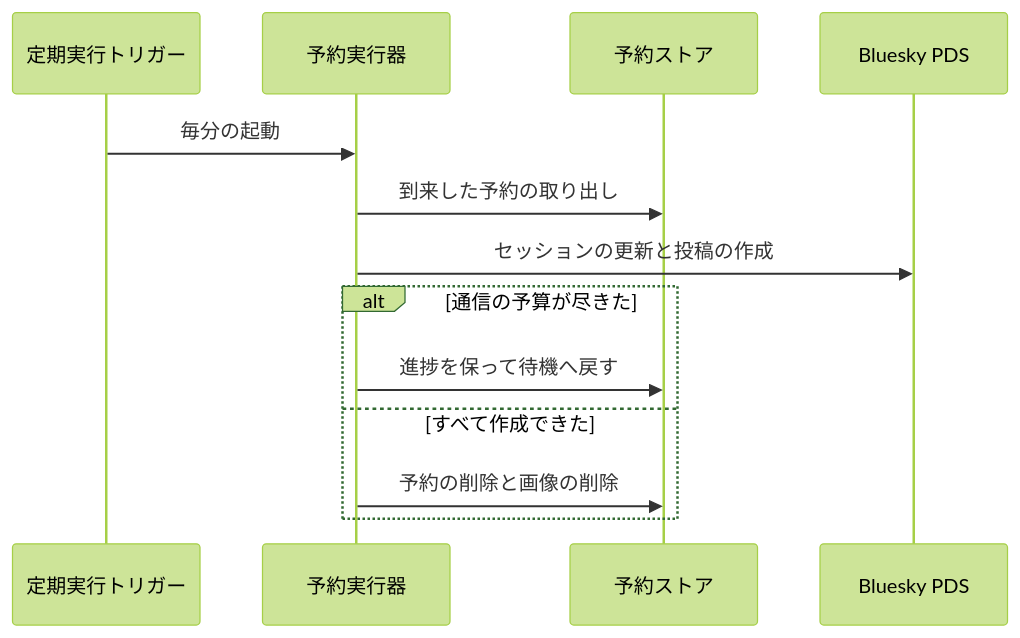
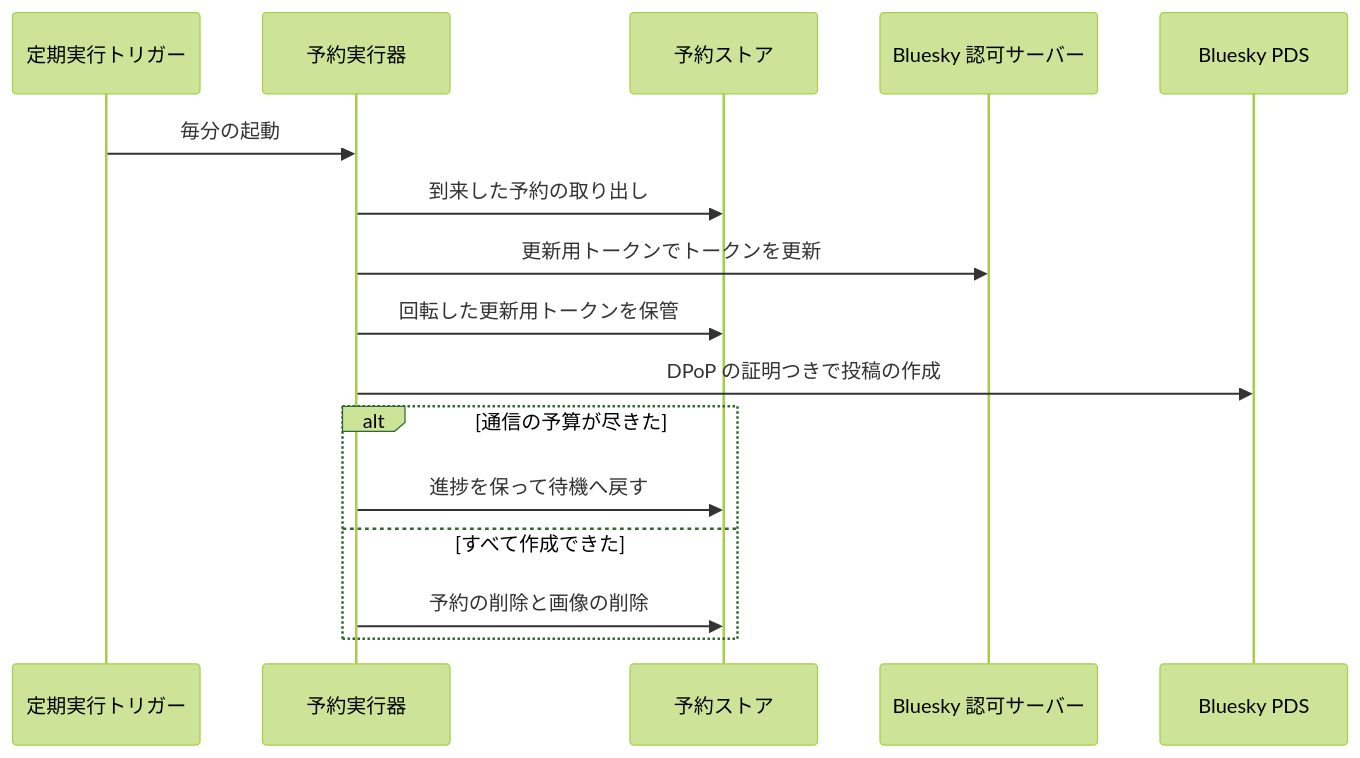
Before and after one commit to nekono-dev/skyshare: the sixth of 6 diagrams in docs/architecture/scheduled-post.md, drawn with Mermaid (forest theme). The commit also changed other lines of this file and 88 other files, not shown here.

````diff
--- a/docs/architecture/scheduled-post.md
+++ b/docs/architecture/scheduled-post.md
@@ -145,15 +163,18 @@
 ```mermaid
 sequenceDiagram
   participant ext_cron as 定期実行トリガー
   participant runner as 予約実行器
   participant store as 予約ストア
+  participant ext_auth as Bluesky 認可サーバー
   participant ext_pds as Bluesky PDS
   ext_cron->>runner: 毎分の起動
   runner->>store: 到来した予約の取り出し
-  runner->>ext_pds: セッションの更新と投稿の作成
+  runner->>ext_auth: 更新用トークンでトークンを更新
+  runner->>store: 回転した更新用トークンを保管
+  runner->>ext_pds: DPoP の証明つきで投稿の作成
   alt 通信の予算が尽きた
     runner->>store: 進捗を保って待機へ戻す
   else すべて作成できた
     runner->>store: 予約の削除と画像の削除
   end
 ```
````
